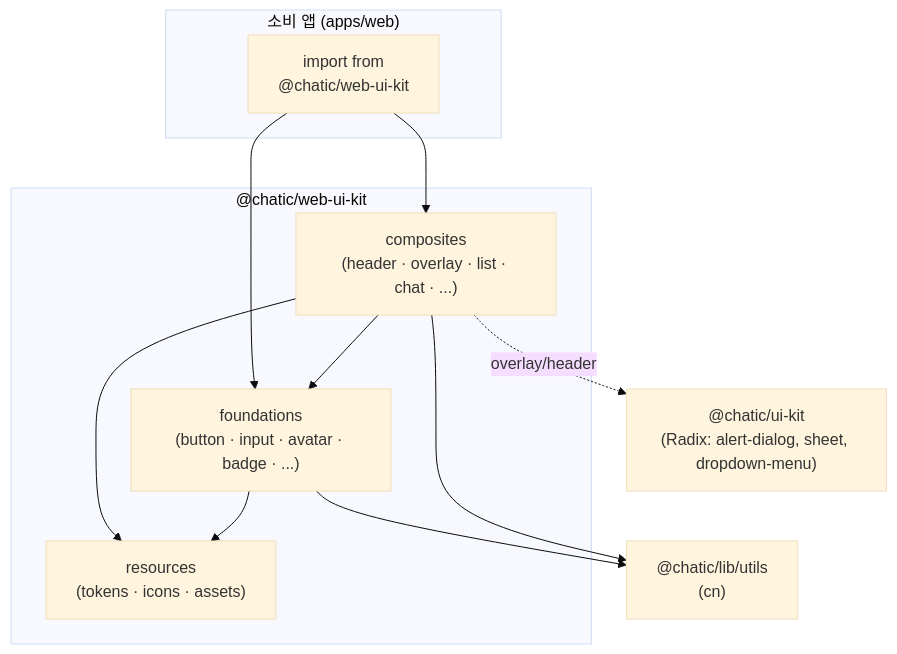
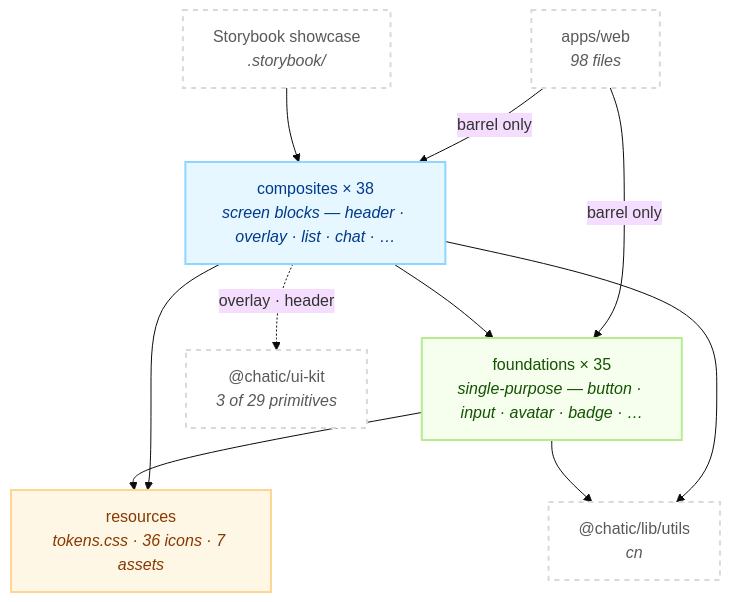
The first of 2 diagrams in libs/web-ui-kit/README.md (lemoncloud-io/dou-app), drawn with Mermaid (base theme) before and after one commit. The commit also changed other lines of this file and 1 other file, not shown here.

````diff
--- a/libs/web-ui-kit/README.md
+++ b/libs/web-ui-kit/README.md
@@ -56,22 +99,27 @@
 ```mermaid
-graph TD
-    subgraph app["소비 앱 (apps/web)"]
-        A["import from<br/>@chatic/web-ui-kit"]
-    end
-    subgraph kit["@chatic/web-ui-kit"]
-        C["composites<br/>(header · overlay · list · chat · ...)"]
-        F["foundations<br/>(button · input · avatar · badge · ...)"]
-        R["resources<br/>(tokens · icons · assets)"]
-    end
-    P["@chatic/ui-kit<br/>(Radix: alert-dialog, sheet, dropdown-menu)"]
-    U["@chatic/lib/utils<br/>(cn)"]
+flowchart TD
+    classDef comp fill:#e6f7ff,stroke:#91d5ff,stroke-width:2px,color:#003a8c;
+    classDef found fill:#f6ffed,stroke:#b7eb8f,stroke-width:2px,color:#135200;
+    classDef res fill:#fff7e6,stroke:#ffd591,stroke-width:2px,color:#873800;
+    classDef ext fill:#ffffff,stroke:#d9d9d9,stroke-width:2px,color:#595959,stroke-dasharray: 5 5;
 
-    A --> C
-    A --> F
+    App["apps/web<br/><i>98 files</i>"]:::ext
+    SB["Storybook showcase<br/><i>.storybook/</i>"]:::ext
+
+    C["composites × 38<br/><i>screen blocks — header · overlay · list · chat · …</i>"]:::comp
+    F["foundations × 35<br/><i>single-purpose — button · input · avatar · badge · …</i>"]:::found
+    R["resources<br/><i>tokens.css · 36 icons · 7 assets</i>"]:::res
+
+    UK["@chatic/ui-kit<br/><i>3 of 29 primitives</i>"]:::ext
+    CN["@chatic/lib/utils<br/><i>cn</i>"]:::ext
+
+    App -->|"barrel only"| C
+    App -->|"barrel only"| F
+    SB --> C
     C --> F
     C --> R
     F --> R
-    C -. overlay/header .-> P
-    F --> U
-    C --> U
+    C -.->|"overlay · header"| UK
+    C --> CN
+    F --> CN
 ```
````
